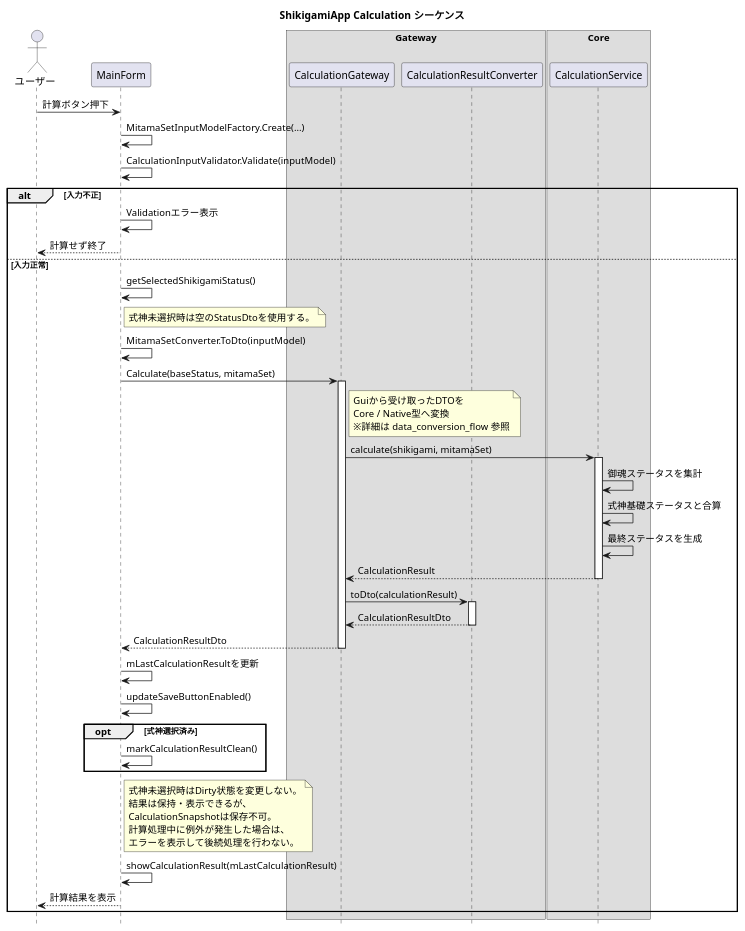
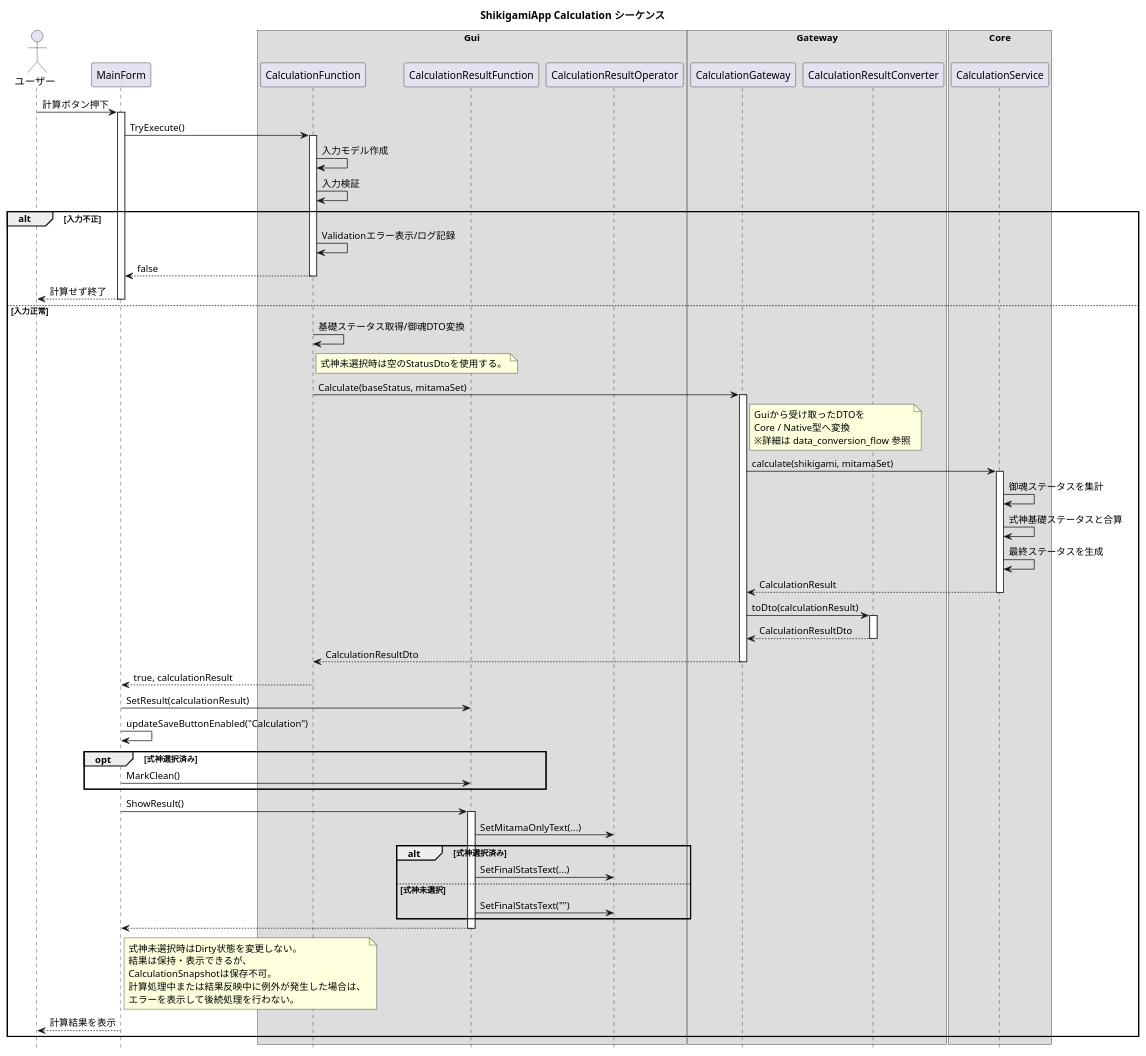
Before and after one commit to Staraptor0398/ShikigamiStatusCalculator: the diagram in Document/ShikigamiApp/Diagram/Calculation/calculation_sequence.wsd, drawn with PlantUML. The commit also changed 1 other file, not shown here.

Commit message:
Update calculation sequence diagram to reflect current Gui architecture

```diff
--- a/Document/ShikigamiApp/Diagram/Calculation/calculation_sequence.wsd
+++ b/Document/ShikigamiApp/Diagram/Calculation/calculation_sequence.wsd
@@ -1,80 +1,106 @@
 @startuml
 title ShikigamiApp Calculation シーケンス
 
 hide footbox
 
 actor ユーザー as User
 
 participant MainForm
+
+box "Gui"
+   participant CalculationFunction
+   participant CalculationResultFunction
+   participant CalculationResultOperator
+end box
 
 box "Gateway"
    participant CalculationGateway
    participant CalculationResultConverter
 end box
 
 box "Core"
    participant CalculationService
 end box
 
 User -> MainForm : 計算ボタン押下
+activate MainForm
 
-MainForm -> MainForm : MitamaSetInputModelFactory.Create(...)
-MainForm -> MainForm : CalculationInputValidator.Validate(inputModel)
+MainForm -> CalculationFunction : TryExecute()
+activate CalculationFunction
+
+CalculationFunction -> CalculationFunction : 入力モデル作成
+CalculationFunction -> CalculationFunction : 入力検証
 
 alt 入力不正
-   MainForm -> MainForm : Validationエラー表示
+   CalculationFunction -> CalculationFunction : Validationエラー表示/ログ記録
+   CalculationFunction --> MainForm : false
+   deactivate CalculationFunction
    MainForm --> User : 計算せず終了
+   deactivate MainForm
 else 入力正常
-   MainForm -> MainForm : getSelectedShikigamiStatus()
-   note right of MainForm
+   CalculationFunction -> CalculationFunction : 基礎ステータス取得/御魂DTO変換
+   note right of CalculationFunction
        式神未選択時は空のStatusDtoを使用する。
    end note
-   MainForm -> MainForm : MitamaSetConverter.ToDto(inputModel)
 
-   MainForm -> CalculationGateway : Calculate(baseStatus, mitamaSet)
+   CalculationFunction -> CalculationGateway : Calculate(baseStatus, mitamaSet)
    activate CalculationGateway
 
    note right of CalculationGateway
        Guiから受け取ったDTOを
        Core / Native型へ変換
        ※詳細は data_conversion_flow 参照
    end note
 
    CalculationGateway -> CalculationService : calculate(shikigami, mitamaSet)
    activate CalculationService
 
    CalculationService -> CalculationService : 御魂ステータスを集計
    CalculationService -> CalculationService : 式神基礎ステータスと合算
    CalculationService -> CalculationService : 最終ステータスを生成
 
    CalculationService --> CalculationGateway : CalculationResult
    deactivate CalculationService
 
    CalculationGateway -> CalculationResultConverter : toDto(calculationResult)
    activate CalculationResultConverter
    CalculationResultConverter --> CalculationGateway : CalculationResultDto
    deactivate CalculationResultConverter
 
-   CalculationGateway --> MainForm : CalculationResultDto
+   CalculationGateway --> CalculationFunction : CalculationResultDto
    deactivate CalculationGateway
 
-   MainForm -> MainForm : mLastCalculationResultを更新
-   MainForm -> MainForm : updateSaveButtonEnabled()
+   CalculationFunction --> MainForm : true, calculationResult
+   deactivate CalculationFunction
+
+   MainForm -> CalculationResultFunction : SetResult(calculationResult)
+   MainForm -> MainForm : updateSaveButtonEnabled("Calculation")
 
    opt 式神選択済み
-       MainForm -> MainForm : markCalculationResultClean()
+       MainForm -> CalculationResultFunction : MarkClean()
    end
+
+   MainForm -> CalculationResultFunction : ShowResult()
+   activate CalculationResultFunction
+   CalculationResultFunction -> CalculationResultOperator : SetMitamaOnlyText(...)
+   alt 式神選択済み
+       CalculationResultFunction -> CalculationResultOperator : SetFinalStatsText(...)
+   else 式神未選択
+       CalculationResultFunction -> CalculationResultOperator : SetFinalStatsText("")
+   end
+   CalculationResultFunction --> MainForm
+   deactivate CalculationResultFunction
 
    note right of MainForm
        式神未選択時はDirty状態を変更しない。
        結果は保持・表示できるが、
        CalculationSnapshotは保存不可。
-       計算処理中に例外が発生した場合は、
+       計算処理中または結果反映中に例外が発生した場合は、
        エラーを表示して後続処理を行わない。
    end note
 
-   MainForm -> MainForm : showCalculationResult(mLastCalculationResult)
    MainForm --> User : 計算結果を表示
+   deactivate MainForm
 end
 
 @enduml
```
